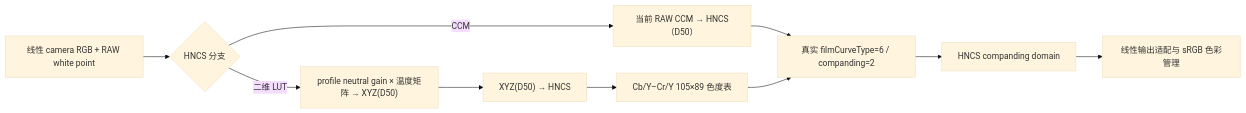
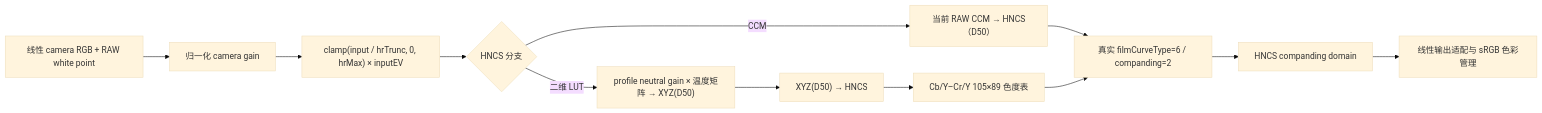
The diagram in docs/hncs-rendering-engine.md (bjzhou/PhotonCamera), drawn with Mermaid (base theme) before and after one commit. The commit also changed other lines of this file and 28 other files, not shown here.

````diff
--- a/docs/hncs-rendering-engine.md
+++ b/docs/hncs-rendering-engine.md
@@ -109,12 +109,14 @@
 ```mermaid
 flowchart LR
-    A["线性 camera RGB + RAW white point"] --> B{"HNCS 分支"}
+    A["线性 camera RGB + RAW white point"] --> H0["归一化 camera gain"]
+    H0 --> H1["clamp(input / hrTrunc, 0, hrMax) × inputEV"]
+    H1 --> B{"HNCS 分支"}
     B -- "CCM" --> C["当前 RAW CCM → HNCS（D50）"]
     B -- "二维 LUT" --> D["profile neutral gain × 温度矩阵 → XYZ(D50)"]
     D --> E["XYZ(D50) → HNCS"]
     E --> F["Cb/Y–Cr/Y 105×89 色度表"]
     C --> G["真实 filmCurveType=6 / companding=2"]
     F --> G
     G --> H["HNCS companding domain"]
     H --> I["线性输出适配与 sRGB 色彩管理"]
 ```
````
